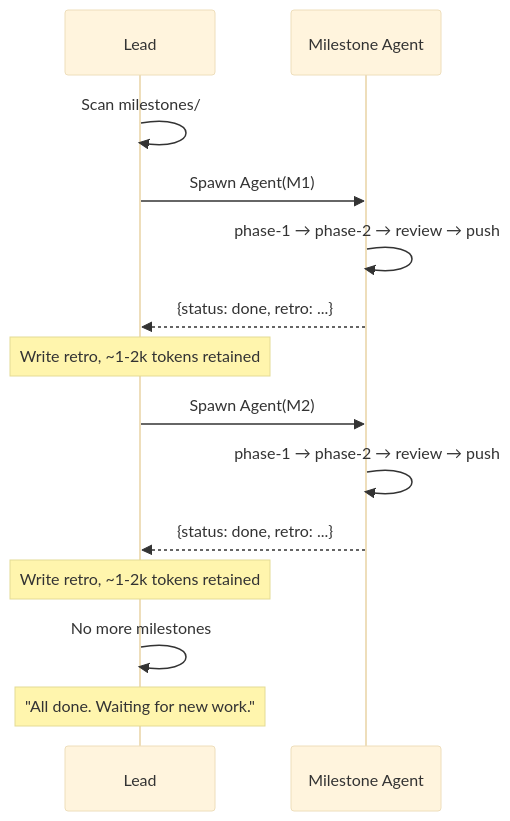
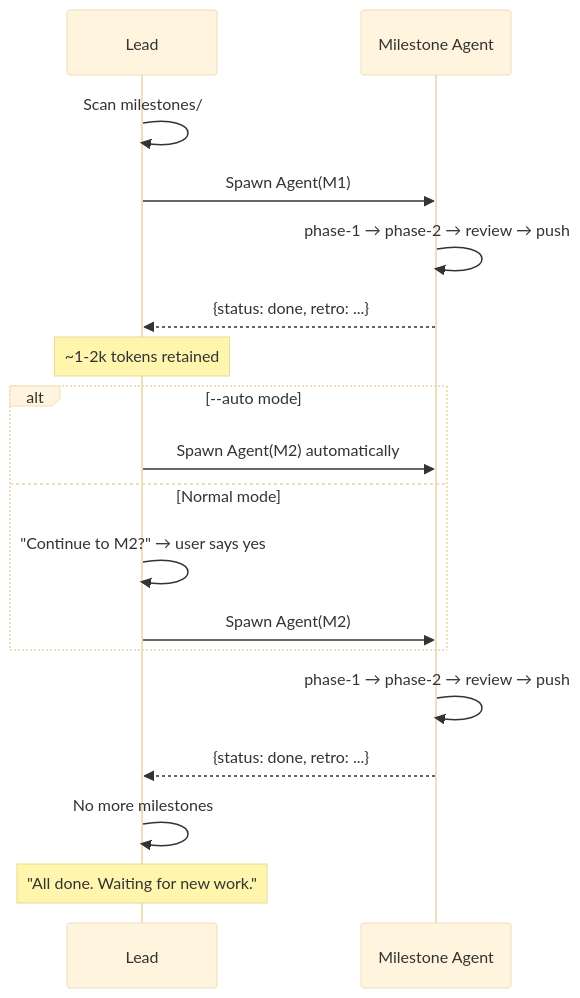
One commit to sulhadin/orchestrator changed the second of 2 diagrams in template/.orchestra/README.md. Above: the diagram before and after it, drawn with Mermaid (base theme). The commit also changed other lines of this file and 13 other files, not shown here.

First line of the commit message:
refactor(config): remove milestone_isolation, hardcode agent mode

````diff
--- a/template/.orchestra/README.md
+++ b/template/.orchestra/README.md
@@ -376,20 +355,24 @@
 ```mermaid
 sequenceDiagram
     participant C as Lead
     participant MA as Milestone Agent
 
     C->>C: Scan milestones/
 
     C->>MA: Spawn Agent(M1)
     MA->>MA: phase-1 → phase-2 → review → push
     MA-->>C: {status: done, retro: ...}
-    Note over C: Write retro, ~1-2k tokens retained
+    Note over C: ~1-2k tokens retained
 
-    C->>MA: Spawn Agent(M2)
+    alt --auto mode
+        C->>MA: Spawn Agent(M2) automatically
+    else Normal mode
+        C->>C: "Continue to M2?" → user says yes
+        C->>MA: Spawn Agent(M2)
+    end
     MA->>MA: phase-1 → phase-2 → review → push
     MA-->>C: {status: done, retro: ...}
-    Note over C: Write retro, ~1-2k tokens retained
 
     C->>C: No more milestones
     Note over C: "All done. Waiting for new work."
 ```
````
